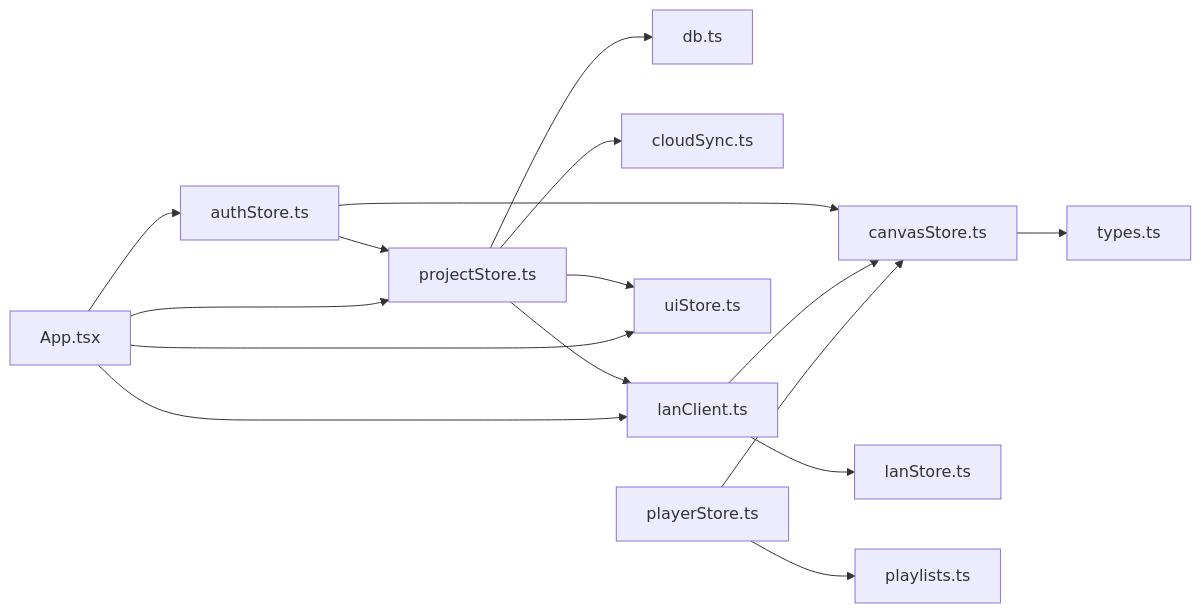
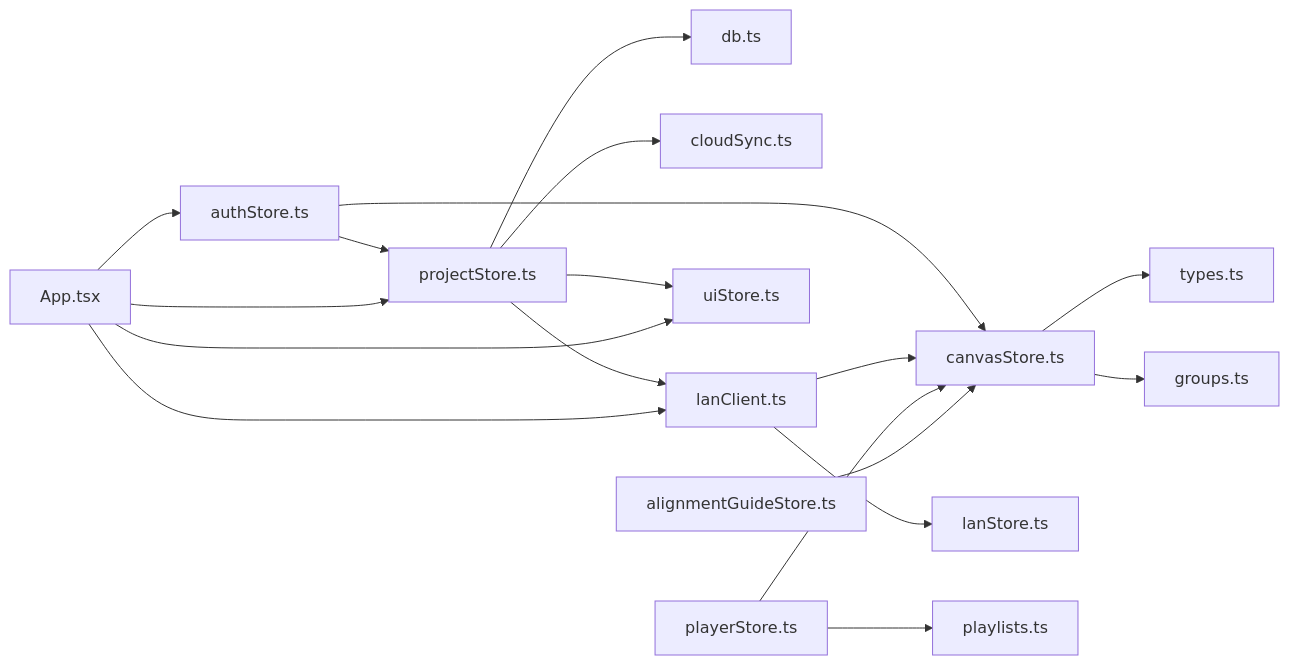
One commit to suqi-bot/SuQCanvas changed the sixth of 7 diagrams in .qoder/repowiki/zh/content/架构设计/状态管理模式/状态管理模式.md. Above: the diagram before and after it, drawn with Mermaid. The commit also changed other lines of this file and 93 other files, not shown here.

````diff
--- a/.qoder/repowiki/zh/content/架构设计/状态管理模式/状态管理模式.md
+++ b/.qoder/repowiki/zh/content/架构设计/状态管理模式/状态管理模式.md
@@ -305,18 +374,20 @@
 ```mermaid
 graph LR
 Canvas["canvasStore.ts"] --> Types["types.ts"]
+Canvas --> Groups["groups.ts"]
 Project["projectStore.ts"] --> DB["db.ts"]
 Project --> Cloud["cloudSync.ts"]
 Project --> LAN["lanClient.ts"]
 Project --> UI["uiStore.ts"]
 Auth["authStore.ts"] --> Project
 Auth --> Canvas
 LAN --> Canvas
 LAN --> LANStore["lanStore.ts"]
 Player["playerStore.ts"] --> Playlists["playlists.ts"]
 Player --> Canvas
+Alignment["alignmentGuideStore.ts"] --> Canvas
 App["App.tsx"] --> Auth
 App --> Project
 App --> UI
 App --> LAN
 ```
````
